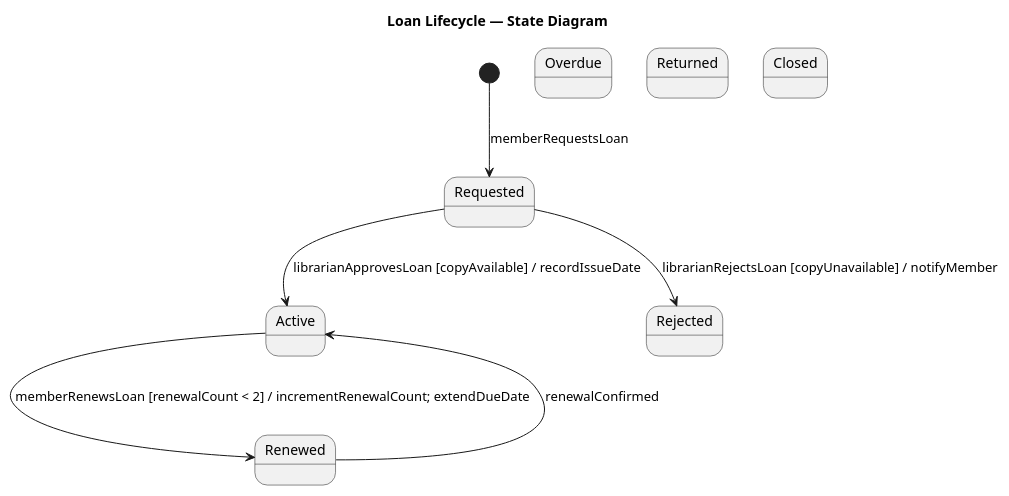
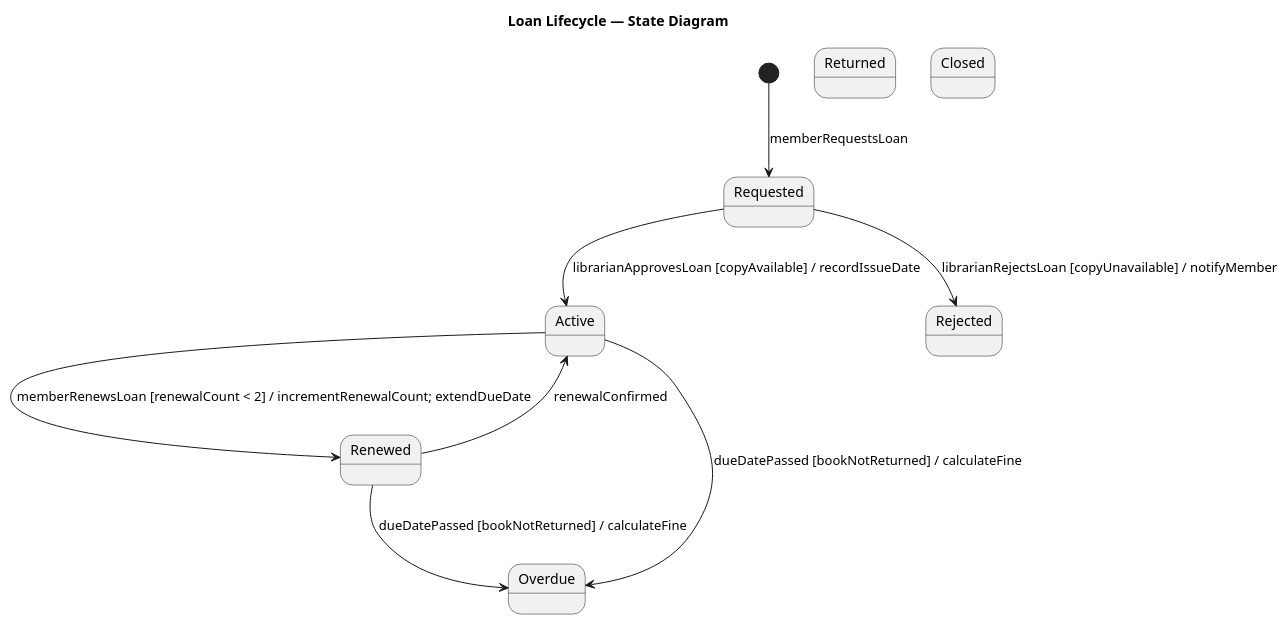
One commit to HashimZuraiqi/Software-Eng.-Project-UNTITLED changed the diagram in uml/state_loan.puml. Above: the diagram before and after it, drawn with PlantUML.

Commit message:
feat: add overdue transitions for active and renewed loan states in state diagram

```diff
--- a/uml/state_loan.puml
+++ b/uml/state_loan.puml
@@ -1,19 +1,22 @@
 @startuml state_loan
 title Loan Lifecycle — State Diagram
 
 state Requested
 state Active
 state Renewed
 state Overdue
 state Returned
 state Closed
 state Rejected
 
 [*] --> Requested : memberRequestsLoan
 Requested --> Active : librarianApprovesLoan [copyAvailable] / recordIssueDate
 Requested --> Rejected : librarianRejectsLoan [copyUnavailable] / notifyMember
 
 Active --> Renewed : memberRenewsLoan [renewalCount < 2] / incrementRenewalCount; extendDueDate
 Renewed --> Active : renewalConfirmed
 
+Active --> Overdue : dueDatePassed [bookNotReturned] / calculateFine
+Renewed --> Overdue : dueDatePassed [bookNotReturned] / calculateFine
+
 @enduml
```
